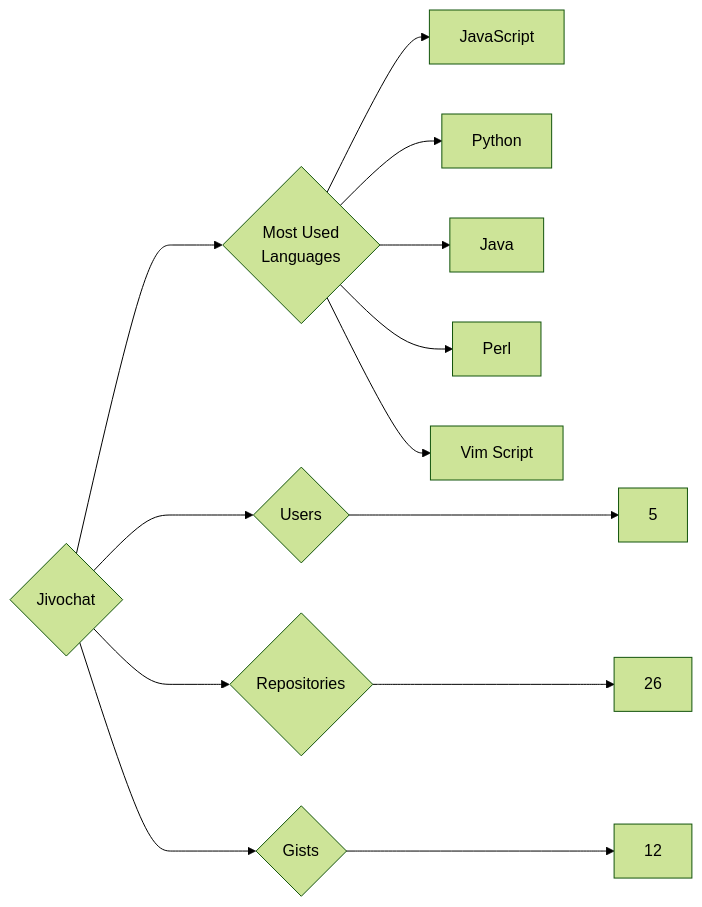
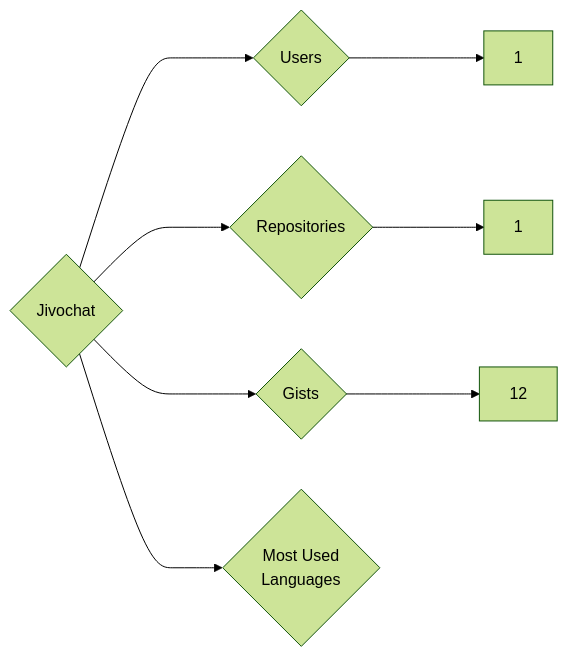
Before and after one commit to trickest/insiders: the diagram in targets/Jivochat/README.md, drawn with Mermaid (forest theme). The commit also changed 676 other files, not shown here.

````diff
--- a/targets/Jivochat/README.md
+++ b/targets/Jivochat/README.md
@@ -3,13 +3,8 @@
 ```mermaid
 graph LR
 COMPANY_NAME{Jivochat}
-COMPANY_NAME ---> U{Users} ---> UN[5]
-COMPANY_NAME ---> R{Repositories} ---> RN[26]
+COMPANY_NAME ---> U{Users} ---> UN[1]
+COMPANY_NAME ---> R{Repositories} ---> RN[1]
 COMPANY_NAME ---> G{Gists} ---> GN[12]
 COMPANY_NAME ---> ML{Most Used<br>Languages}
-ML --> JavaScript[JavaScript]
-ML --> Python[Python]
-ML --> Java[Java]
-ML --> Perl[Perl]
-ML --> Vim_Script[Vim Script]
 ```
````
